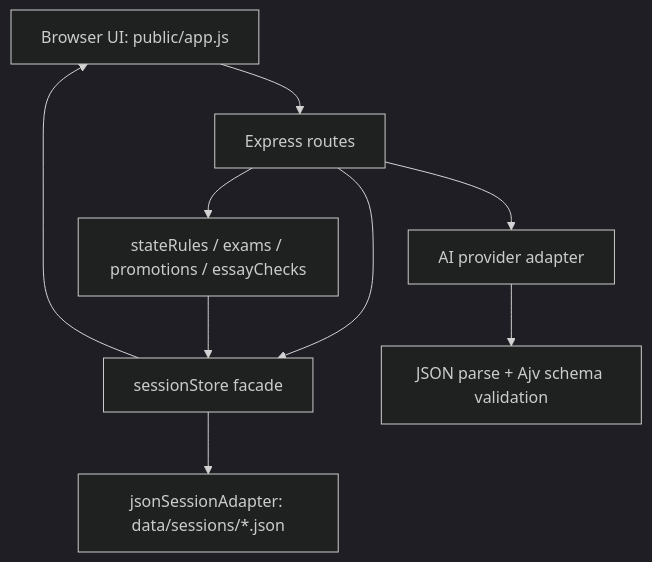
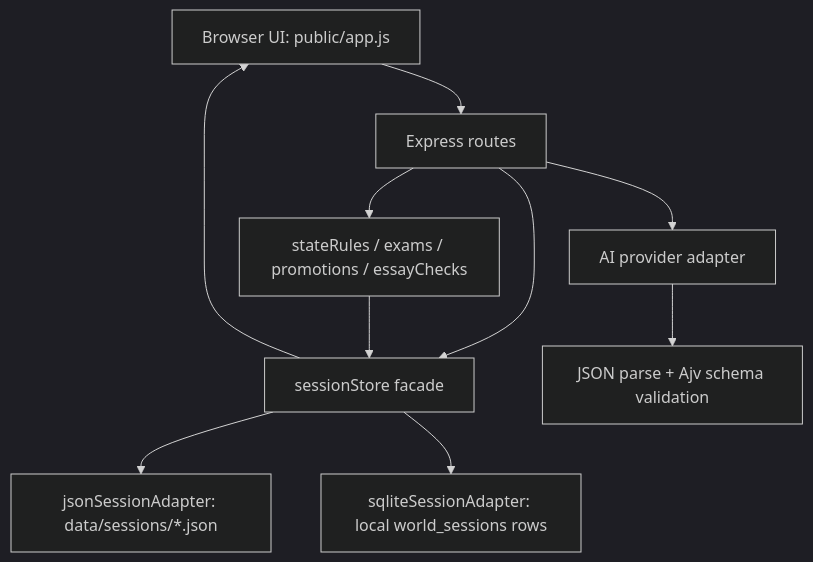
The diagram in docs/ARCHITECTURE.md (298118/qianqiu), drawn with Mermaid (dark theme) before and after one commit. The commit also changed other lines of this file and 16 other files, not shown here.

Commit message:
feat: add optional sqlite session storage

````diff
--- a/docs/ARCHITECTURE.md
+++ b/docs/ARCHITECTURE.md
@@ -31,11 +31,12 @@
 ```mermaid
 flowchart TD
   Browser["Browser UI: public/app.js"] --> Routes["Express routes"]
   Routes --> Store["sessionStore facade"]
   Store --> JsonAdapter["jsonSessionAdapter: data/sessions/*.json"]
+  Store --> SqliteAdapter["sqliteSessionAdapter: local world_sessions rows"]
   Routes --> Provider["AI provider adapter"]
   Provider --> Schemas["JSON parse + Ajv schema validation"]
   Routes --> Rules["stateRules / exams / promotions / essayChecks"]
   Rules --> Store
   Store --> Browser
 ```
````
